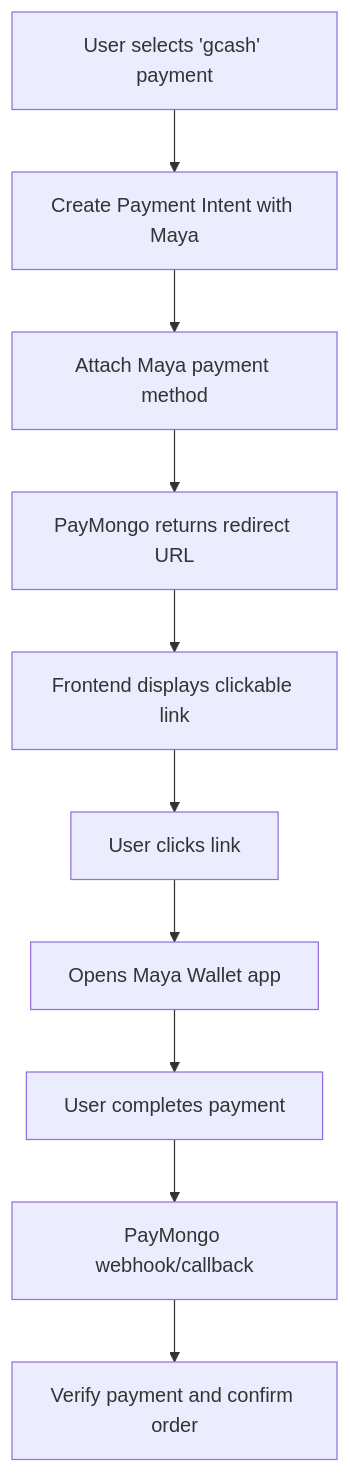
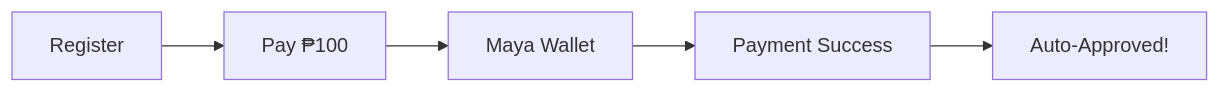
One commit to noelzkie19/ecommerce-api changed the second of 2 diagrams in plans/maya-wallet-implementation.md. Above: the diagram before and after it, drawn with Mermaid. The commit also changed other lines of this file and 3 other files, not shown here.

Commit message:
update payment method

````diff
--- a/plans/maya-wallet-implementation.md
+++ b/plans/maya-wallet-implementation.md
@@ -38,12 +163,7 @@
 ```mermaid
-flowchart TD
-    A[User selects 'gcash' payment] --> B[Create Payment Intent with Maya]
-    B --> C[Attach Maya payment method]
-    C --> D[PayMongo returns redirect URL]
-    D --> E[Frontend displays clickable link]
-    E --> F[User clicks link]
-    F --> G[Opens Maya Wallet app]
-    G --> H[User completes payment]
-    H --> I[PayMongo webhook/callback]
-    I --> J[Verify payment and confirm order]
+flowchart LR
+    A[Register] --> B[Pay ₱100]
+    B --> C[Maya Wallet]
+    C --> D[Payment Success]
+    D --> E[Auto-Approved!]
 ```
````
